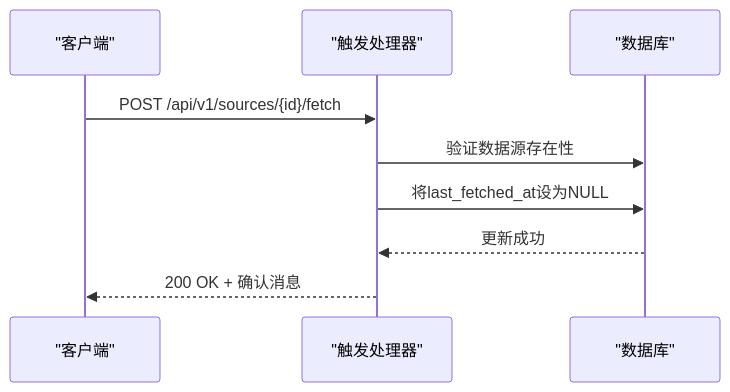
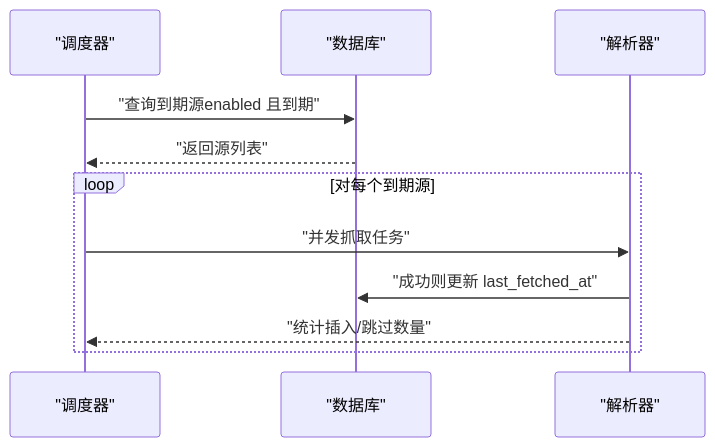
The fifth of 6 diagrams in .qoder/repowiki/zh/content/API接口文档/数据源管理API.md (leimu-hue/AI-Trend-Tool), drawn with Mermaid before and after one commit. The commit also changed other lines of this file and 118 other files, not shown here.

````diff
--- a/.qoder/repowiki/zh/content/API接口文档/数据源管理API.md
+++ b/.qoder/repowiki/zh/content/API接口文档/数据源管理API.md
@@ -246,11 +283,13 @@
 ```mermaid
 sequenceDiagram
-participant Client as "客户端"
-participant Handler as "触发处理器"
+participant S as "调度器"
 participant DB as "数据库"
-Client->>Handler : POST /api/v1/sources/{id}/fetch
-Handler->>DB : 验证数据源存在性
-Handler->>DB : 将last_fetched_at设为NULL
-DB-->>Handler : 更新成功
-Handler-->>Client : 200 OK + 确认消息
+participant P as "解析器"
+S->>DB : "查询到期源enabled 且到期"
+DB-->>S : "返回源列表"
+loop 对每个到期源
+S->>P : "并发抓取任务"
+P->>DB : "成功则更新 last_fetched_at"
+P-->>S : "统计插入/跳过数量"
+end
 ```
````
